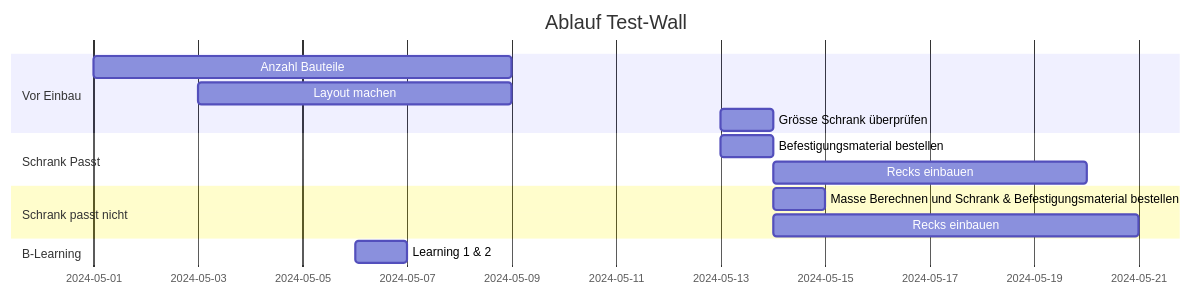
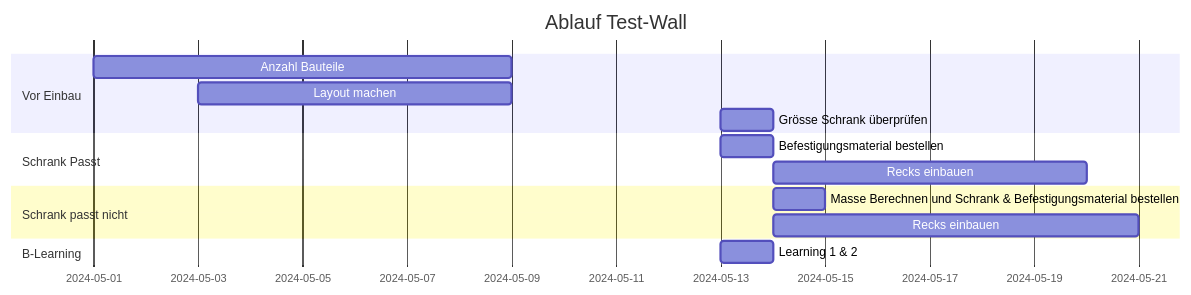
One commit to BenZiep/BenZiep changed the diagram in Ablauf_Test-Wall.mmd. Above: the diagram before and after it, drawn with Mermaid.

```diff
--- a/Ablauf_Test-Wall.mmd
+++ b/Ablauf_Test-Wall.mmd
@@ -1,15 +1,15 @@
 gantt
     title Ablauf Test-Wall
     dateFormat  YYYY-MM-DD
     section Vor Einbau
     Anzahl Bauteile           :a1, 2024-05-01, 8d
     Layout machen     :a2, 2024-05-03  , 6d
     Grösse Schrank überprüfen :a3, 2024-05-13, 1d
     section Schrank Passt
     Befestigungsmaterial bestellen      :b1, 2024-05-13 , 1d
     Recks einbauen      :after b1, 6d
     section Schrank passt nicht
     Masse Berechnen und Schrank & Befestigungsmaterial bestellen :after a3, 1d
     Recks einbauen :c1, after b1, 7d
     section B-Learning
-    Learning 1 & 2 :d1, 2024-05-06, 1d
+    Learning 1 & 2 :d1, 2024-05-13, 1d
```
